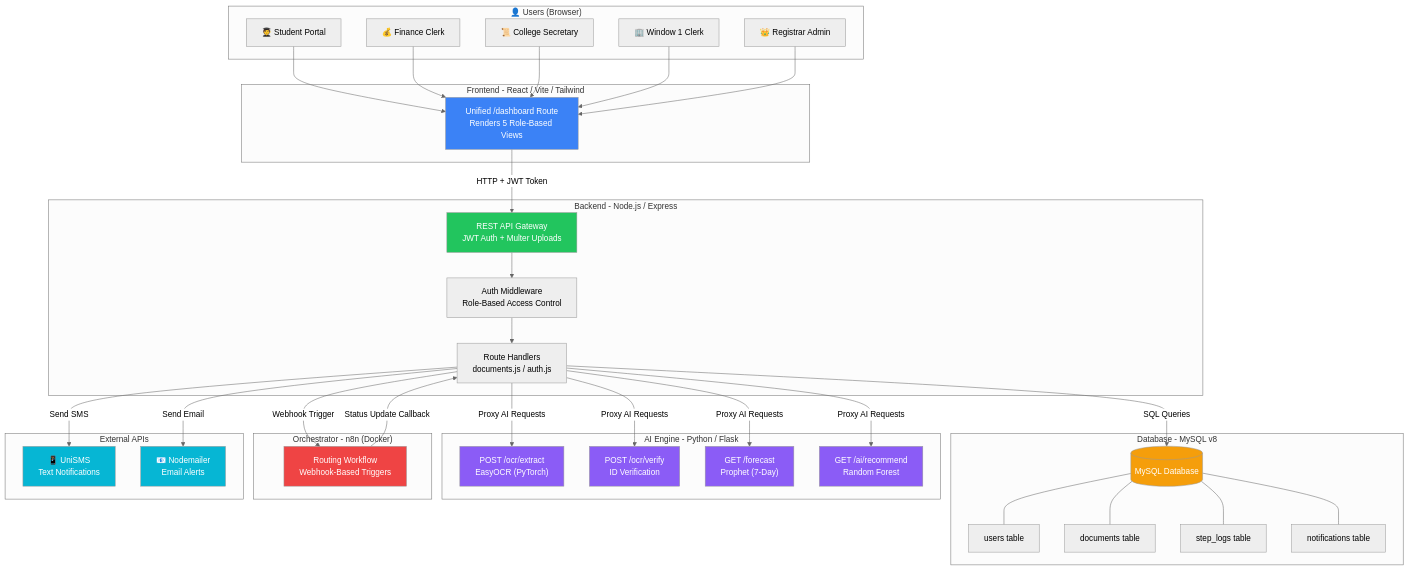
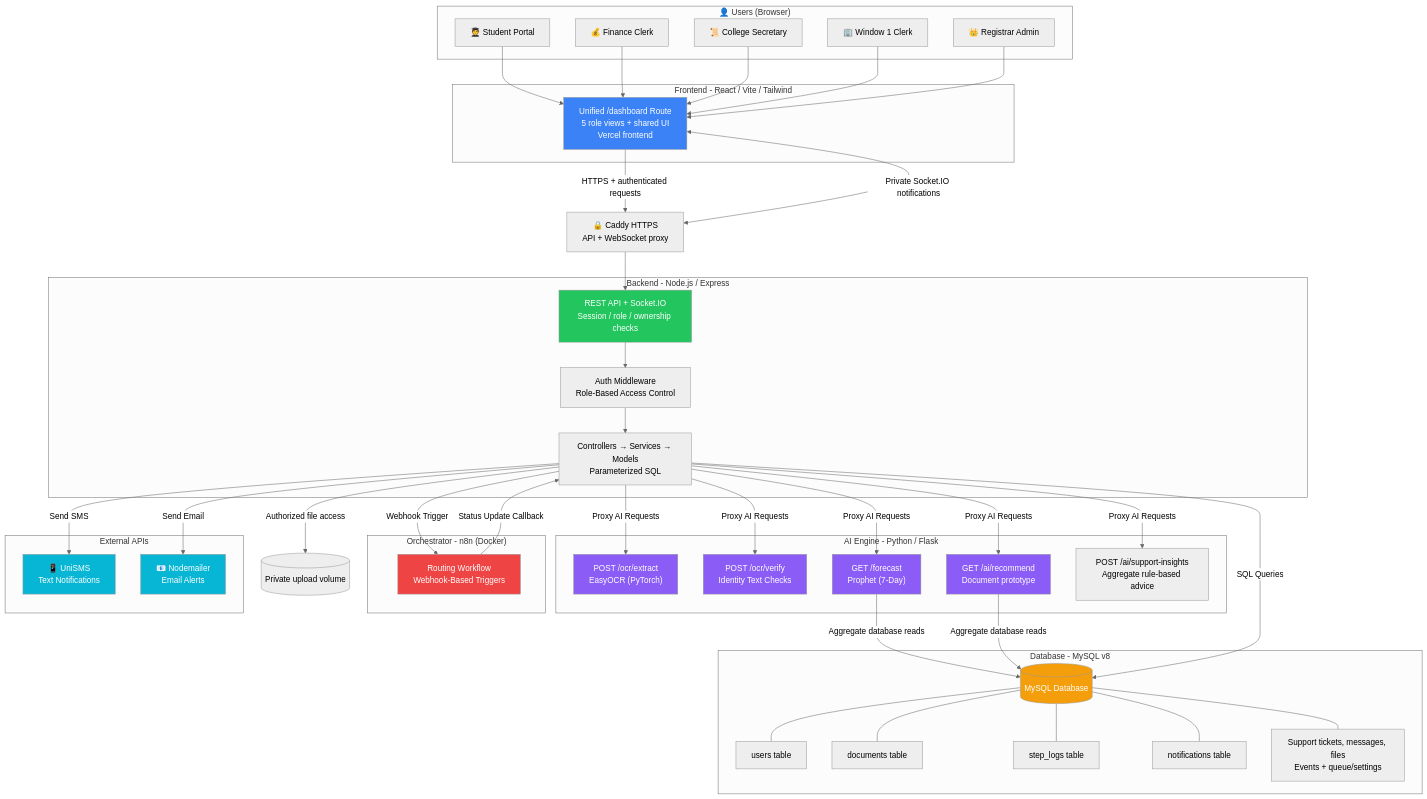
Before and after one commit to mafuyyuuu/Project-TRACE: the first of 5 diagrams in docs/CAPSTONE_DEFENSE_GUIDE.md, drawn with Mermaid (neutral theme). The commit also changed other lines of this file and 125 other files, not shown here.

Commit message:
feat: integrate support ticket system with messaging and document handling, add support insights endpoint, and enhance database connection limits

````diff
--- a/docs/CAPSTONE_DEFENSE_GUIDE.md
+++ b/docs/CAPSTONE_DEFENSE_GUIDE.md
@@ -21,66 +23,74 @@
 ```mermaid
 graph TB
     subgraph "👤 Users (Browser)"
         STU["🧑‍🎓 Student Portal"]
         FIN["💰 Finance Clerk"]
         SEC["📜 College Secretary"]
         W1["🏢 Window 1 Clerk"]
         ADM["👑 Registrar Admin"]
     end
 
     subgraph "Frontend - React / Vite / Tailwind"
-        UI["Unified /dashboard Route<br/>Renders 5 Role-Based Views"]
+        UI["Unified /dashboard Route<br/>5 role views + shared UI<br/>Vercel frontend"]
     end
 
     subgraph "Backend - Node.js / Express"
-        API["REST API Gateway<br/>JWT Auth + Multer Uploads"]
+        API["REST API + Socket.IO<br/>Session / role / ownership checks"]
         AUTH["Auth Middleware<br/>Role-Based Access Control"]
-        ROUTES["Route Handlers<br/>documents.js / auth.js"]
+        ROUTES["Controllers → Services → Models<br/>Parameterized SQL"]
     end
 
     subgraph "Database - MySQL v8"
         DB[("MySQL Database")]
         USERS["users table"]
         DOCS["documents table"]
         LOGS["step_logs table"]
         NOTIFS["notifications table"]
+        TICKETS["Support tickets, messages, files<br/>Events + queue/settings"]
     end
 
     subgraph "AI Engine - Python / Flask"
         OCR["POST /ocr/extract<br/>EasyOCR (PyTorch)"]
-        VERIFY["POST /ocr/verify<br/>ID Verification"]
+        VERIFY["POST /ocr/verify<br/>Identity Text Checks"]
         FORECAST["GET /forecast<br/>Prophet (7-Day)"]
-        INSIGHTS["GET /ai/recommend<br/>Random Forest"]
+        INSIGHTS["GET /ai/recommend<br/>Document prototype"]
+        SUPPORTAI["POST /ai/support-insights<br/>Aggregate rule-based advice"]
     end
 
     subgraph "Orchestrator - n8n (Docker)"
         N8N["Routing Workflow<br/>Webhook-Based Triggers"]
     end
 
     subgraph "External APIs"
         SMS["📱 UniSMS<br/>Text Notifications"]
         EMAIL["📧 Nodemailer<br/>Email Alerts"]
     end
 
     STU & FIN & SEC & W1 & ADM --> UI
-    UI -->|"HTTP + JWT Token"| API
+    PROXY["🔒 Caddy HTTPS<br/>API + WebSocket proxy"]
+    FILES[("Private upload volume")]
+    UI -->|"HTTPS + authenticated requests"| PROXY
+    UI <-->|"Private Socket.IO notifications"| PROXY
+    PROXY --> API
+    ROUTES -->|"Authorized file access"| FILES
+    FORECAST & INSIGHTS -->|"Aggregate database reads"| DB
     API --> AUTH --> ROUTES
     ROUTES -->|"SQL Queries"| DB
-    DB --- USERS & DOCS & LOGS & NOTIFS
-    ROUTES -->|"Proxy AI Requests"| OCR & VERIFY & FORECAST & INSIGHTS
+    DB --- USERS & DOCS & LOGS & NOTIFS & TICKETS
+    ROUTES -->|"Proxy AI Requests"| OCR & VERIFY & FORECAST & INSIGHTS & SUPPORTAI
     ROUTES -->|"Webhook Trigger"| N8N
     N8N -->|"Status Update Callback"| ROUTES
     ROUTES -->|"Send SMS"| SMS
     ROUTES -->|"Send Email"| EMAIL
 
     style UI fill:#3b82f6,color:#fff
     style API fill:#22c55e,color:#fff
     style DB fill:#f59e0b,color:#fff
     style OCR fill:#8b5cf6,color:#fff
     style VERIFY fill:#8b5cf6,color:#fff
     style FORECAST fill:#8b5cf6,color:#fff
     style INSIGHTS fill:#8b5cf6,color:#fff
     style N8N fill:#ef4444,color:#fff
     style SMS fill:#06b6d4,color:#fff
     style EMAIL fill:#06b6d4,color:#fff
 ```
````
